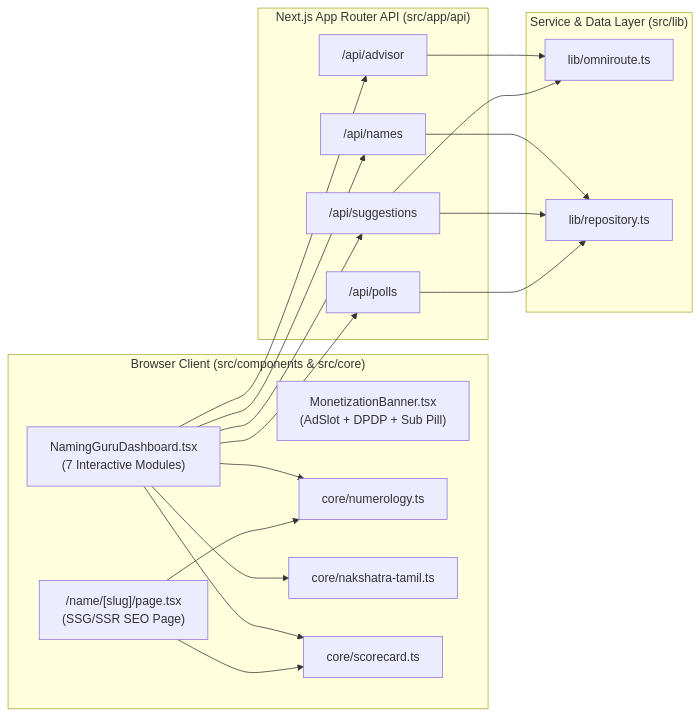
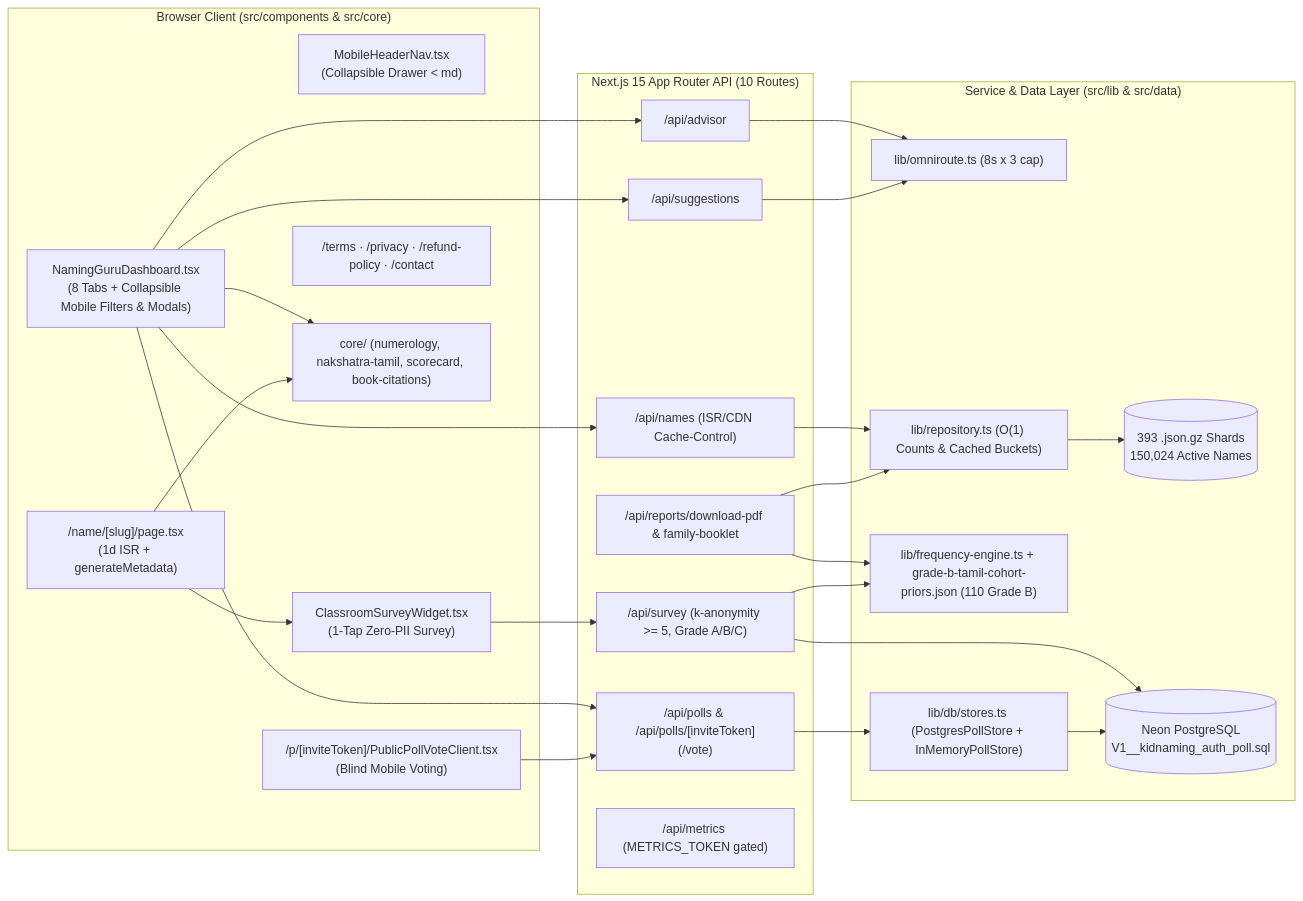
Before and after one commit to rangathecreator/Peyarcholai: the diagram in doc/design/04-Web-MVP-System-Design.md, drawn with Mermaid. The commit also changed other lines of this file and 6 other files, not shown here.

Commit message:
docs(dev19Nov2026): sync plan, design, implementation, requirements & README index with latest TODO and app code (82/82 tests, 122 routes)

````diff
--- a/doc/design/04-Web-MVP-System-Design.md
+++ b/doc/design/04-Web-MVP-System-Design.md
@@ -9,38 +9,51 @@
 ```mermaid
 flowchart LR
     subgraph Client["Browser Client (src/components & src/core)"]
-        DASH["NamingGuruDashboard.tsx<br/>(7 Interactive Modules)"]
-        DETAIL["/name/[slug]/page.tsx<br/>(SSG/SSR SEO Page)"]
-        BANNER["MonetizationBanner.tsx<br/>(AdSlot + DPDP + Sub Pill)"]
-        NUM["core/numerology.ts"]
-        NAK["core/nakshatra-tamil.ts"]
-        SCORE["core/scorecard.ts"]
-        DASH --> NUM
-        DASH --> NAK
-        DASH --> SCORE
-        DETAIL --> NUM
-        DETAIL --> SCORE
+        HEADER["MobileHeaderNav.tsx<br/>(Collapsible Drawer < md)"]
+        DASH["NamingGuruDashboard.tsx<br/>(8 Tabs + Collapsible Mobile Filters & Modals)"]
+        DETAIL["/name/[slug]/page.tsx<br/>(1d ISR + generateMetadata)"]
+        SURVEY_UI["ClassroomSurveyWidget.tsx<br/>(1-Tap Zero-PII Survey)"]
+        POLL_UI["/p/[inviteToken]/PublicPollVoteClient.tsx<br/>(Blind Mobile Voting)"]
+        LEGAL["/terms · /privacy · /refund-policy · /contact"]
+        CORE["core/ (numerology, nakshatra-tamil, scorecard, book-citations)"]
+        DASH --> CORE
+        DETAIL --> CORE
+        DETAIL --> SURVEY_UI
     end
 
-    subgraph Server["Next.js App Router API (src/app/api)"]
-        API_NAMES["/api/names"]
+    subgraph Server["Next.js 15 App Router API (10 Routes)"]
+        API_NAMES["/api/names (ISR/CDN Cache-Control)"]
         API_ADV["/api/advisor"]
         API_SUG["/api/suggestions"]
-        API_POLL["/api/polls"]
+        API_POLL["/api/polls & /api/polls/[inviteToken](/vote)"]
+        API_SURVEY["/api/survey (k-anonymity >= 5, Grade A/B/C)"]
+        API_PDF["/api/reports/download-pdf & family-booklet"]
+        API_METRICS["/api/metrics (METRICS_TOKEN gated)"]
     end
 
-    subgraph Services["Service & Data Layer (src/lib)"]
-        OR_CLIENT["lib/omniroute.ts"]
-        REPO["lib/repository.ts"]
+    subgraph Services["Service & Data Layer (src/lib & src/data)"]
+        OR_CLIENT["lib/omniroute.ts (8s x 3 cap)"]
+        REPO["lib/repository.ts (O(1) Counts & Cached Buckets)"]
+        FREQ["lib/frequency-engine.ts + grade-b-tamil-cohort-priors.json (110 Grade B)"]
+        PG_STORE["lib/db/stores.ts (PostgresPollStore + InMemoryPollStore)"]
+        SHARDS[("393 .json.gz Shards<br/>150,024 Active Names")]
+        NEON[("Neon PostgreSQL<br/>V1__kidnaming_auth_poll.sql")]
     end
 
     DASH --> API_NAMES
     DASH --> API_ADV
     DASH --> API_SUG
     DASH --> API_POLL
+    POLL_UI --> API_POLL
+    SURVEY_UI --> API_SURVEY
     API_ADV --> OR_CLIENT
     API_SUG --> OR_CLIENT
     API_NAMES --> REPO
-    API_SUG --> REPO
-    API_POLL --> REPO
+    API_PDF --> REPO
+    API_PDF --> FREQ
+    API_SURVEY --> FREQ
+    API_SURVEY --> NEON
+    API_POLL --> PG_STORE
+    PG_STORE --> NEON
+    REPO --> SHARDS
 ```
````
